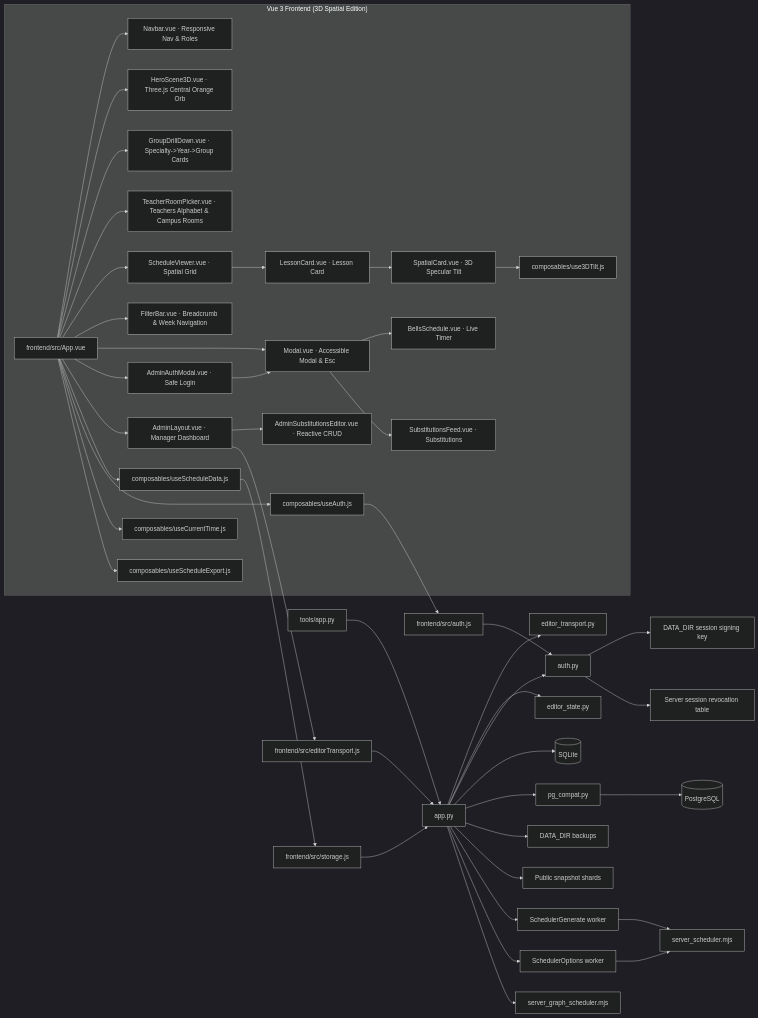
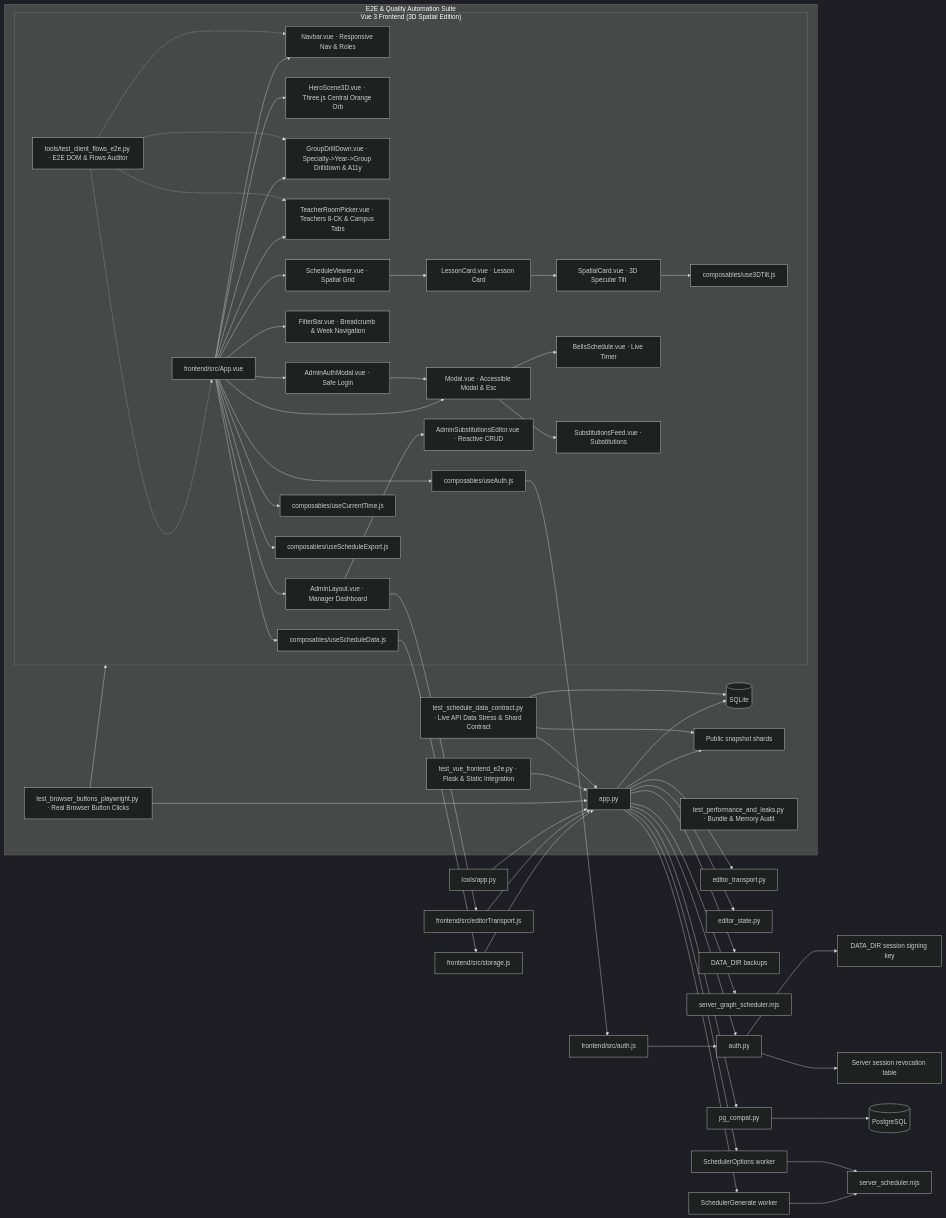
The first of 7 diagrams in docs/UML.md (Utkautka1/timetable22), drawn with Mermaid (dark theme) before and after one commit. The commit also changed other lines of this file and 6 other files, not shown here.

Commit message:
test(fuzzing): add edge-case and parity regression test suite with hardened canonical IDs and date math

````diff
--- a/docs/UML.md
+++ b/docs/UML.md
@@ -10,8 +10,8 @@
         App[frontend/src/App.vue]
         Navbar[Navbar.vue · Responsive Nav & Roles]
         Hero[HeroScene3D.vue · Three.js Central Orange Orb]
-        DrillDown[GroupDrillDown.vue · Specialty->Year->Group Cards]
-        EntityPicker[TeacherRoomPicker.vue · Teachers Alphabet & Campus Rooms]
+        DrillDown[GroupDrillDown.vue · Specialty->Year->Group Drilldown & A11y]
+        EntityPicker[TeacherRoomPicker.vue · Teachers 8-CK & Campus Tabs]
         Viewer[ScheduleViewer.vue · Spatial Grid]
         Card[LessonCard.vue · Lesson Card]
         SpatialCard[SpatialCard.vue · 3D Specular Tilt]
@@ -22,6 +22,7 @@
         AuthModal[AdminAuthModal.vue · Safe Login]
         Admin[AdminLayout.vue · Manager Dashboard]
         AdminSubs[AdminSubstitutionsEditor.vue · Reactive CRUD]
+        TestClientFlows[tools/test_client_flows_e2e.py · E2E DOM & Flows Auditor]
         
         App --> Navbar
         App --> Hero
@@ -38,6 +39,10 @@
         AuthModal --> Modal
         App --> Admin
         Admin --> AdminSubs
+        TestClientFlows -.-> App
+        TestClientFlows -.-> DrillDown
+        TestClientFlows -.-> EntityPicker
+        TestClientFlows -.-> Navbar
 
         App --> SchedComposable[composables/useScheduleData.js]
         App --> AuthComposable[composables/useAuth.js]
@@ -69,4 +74,17 @@
     GenWorker --> Scheduler[server_scheduler.mjs]
     OptWorker --> Scheduler
     API --> GraphScheduler[server_graph_scheduler.mjs]
+
+    subgraph Testing["E2E & Quality Automation Suite"]
+        PlaywrightTester["test_browser_buttons_playwright.py · Real Browser Button Clicks"]
+        PerformanceTester["test_performance_and_leaks.py · Bundle & Memory Audit"]
+        VueIntegration["test_vue_frontend_e2e.py · Flask & Static Integration"]
+        DataContractTester["test_schedule_data_contract.py · Live API Data Stress & Shard Contract"]
+        PlaywrightTester --> Frontend
+        PlaywrightTester --> API
+        VueIntegration --> API
+        DataContractTester --> API
+        DataContractTester --> SQLite
+        DataContractTester --> Public
+    end
 ```
````
